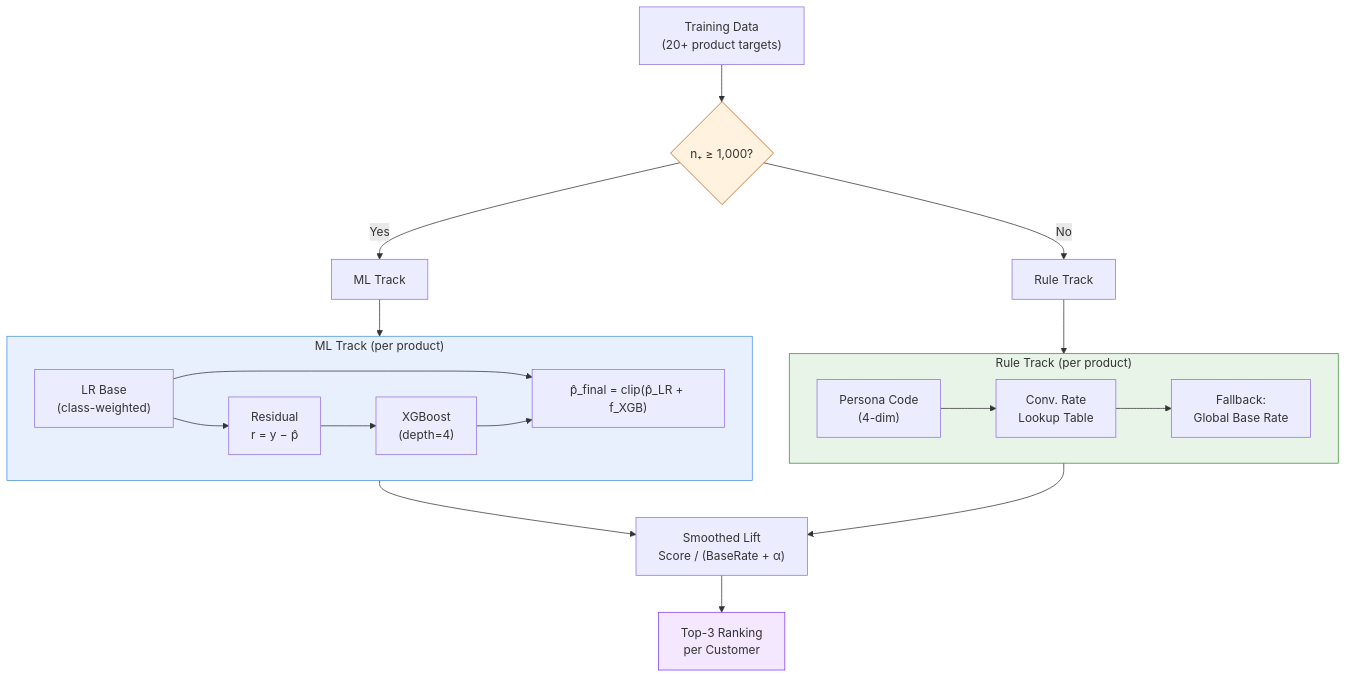
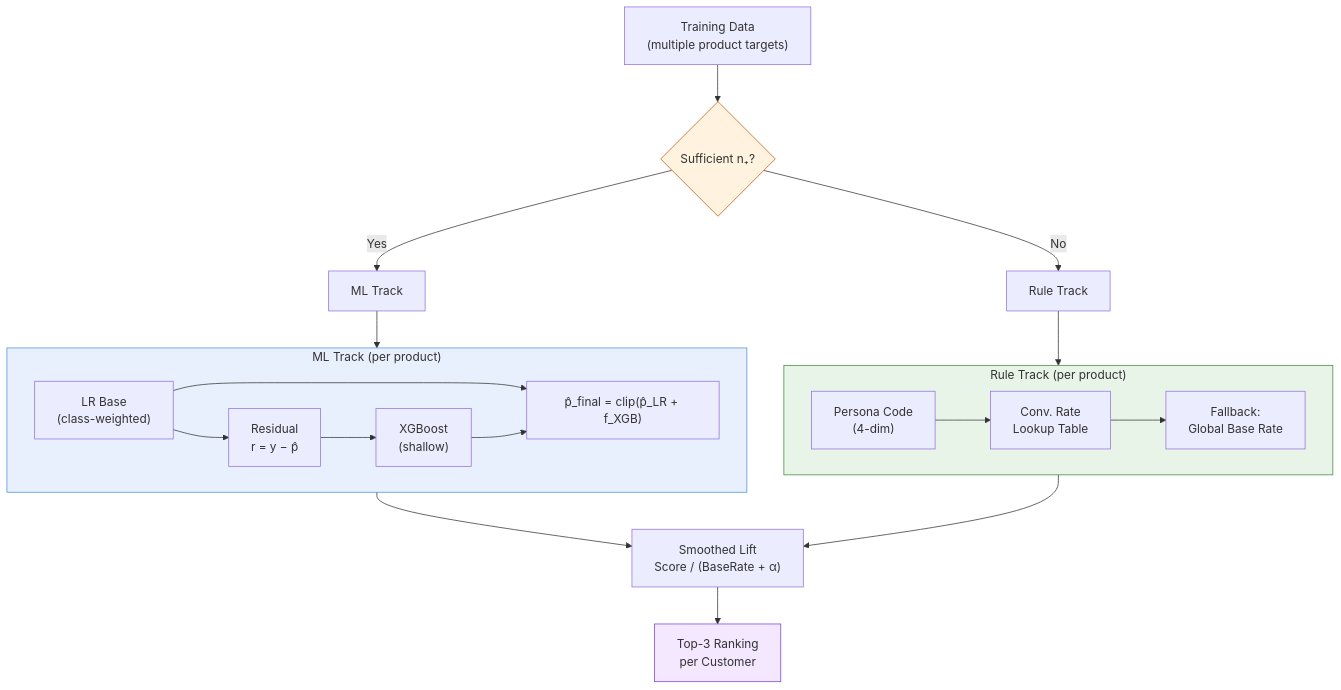
The diagram in content/portfolio/sales-pom-product-recommendation/index.md (JHJP/jhjp-blog), drawn with Mermaid before and after one commit. The commit also changed other lines of this file and 4 other files, not shown here.

````diff
--- a/content/portfolio/sales-pom-product-recommendation/index.md
+++ b/content/portfolio/sales-pom-product-recommendation/index.md
@@ -25,33 +25,33 @@
 ```mermaid
 flowchart TD
-    DATA["Training Data<br/>(20+ product targets)"] --> SPLIT{"n₊ ≥ 1,000?"}
+    DATA["Training Data<br/>(multiple product targets)"] --> SPLIT{"Sufficient n₊?"}
 
     SPLIT -->|Yes| ML["ML Track"]
     SPLIT -->|No| RULE["Rule Track"]
 
     subgraph ML_SUB["ML Track (per product)"]
         direction LR
         LR_M["LR Base<br/>(class-weighted)"] --> RES_M["Residual<br/>r = y − p̂"]
-        RES_M --> XGB_M["XGBoost<br/>(depth=4)"]
+        RES_M --> XGB_M["XGBoost<br/>(shallow)"]
         LR_M --> COMB_M["p̂_final = clip(p̂_LR + f_XGB)"]
         XGB_M --> COMB_M
     end
 
     subgraph RULE_SUB["Rule Track (per product)"]
         direction LR
         PERSONA["Persona Code<br/>(4-dim)"] --> LOOKUP["Conv. Rate<br/>Lookup Table"]
         LOOKUP --> FALLBACK["Fallback:<br/>Global Base Rate"]
     end
 
     ML --> ML_SUB
     RULE --> RULE_SUB
 
     ML_SUB --> LIFT["Smoothed Lift<br/>Score / (BaseRate + α)"]
     RULE_SUB --> LIFT
     LIFT --> TOP3["Top-3 Ranking<br/>per Customer"]
 
     style SPLIT fill:#fff3e0,stroke:#c9510c
     style ML_SUB fill:#e8f0fe,stroke:#4a90d9
     style RULE_SUB fill:#e8f4e8,stroke:#3d8b37
     style TOP3 fill:#f3e8ff,stroke:#7c3aed
 ```
````
